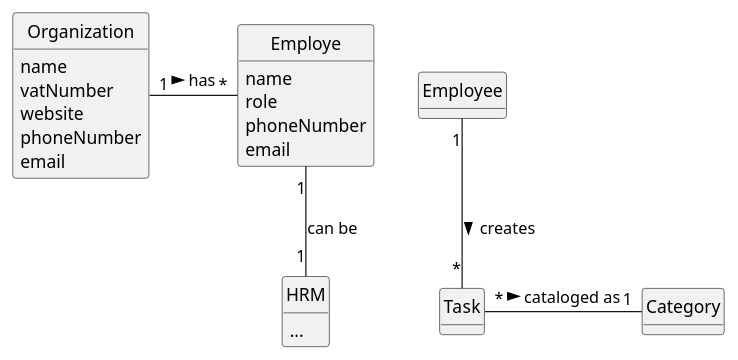
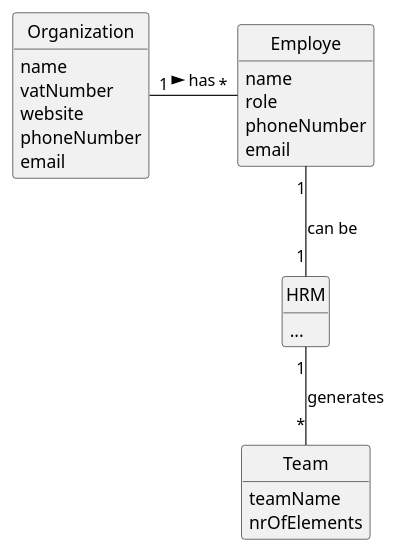
One commit to Departamento-de-Engenharia-Informatica/greenspace-management changed the diagram in docs/sprintA/us005/02.analysis/puml/us006-domain-model.puml. Above: the diagram before and after it, drawn with PlantUML. The commit also changed 1 other file, not shown here.

```diff
--- a/docs/sprintA/us005/02.analysis/puml/us006-domain-model.puml
+++ b/docs/sprintA/us005/02.analysis/puml/us006-domain-model.puml
@@ -1,44 +1,48 @@
 @startuml
 skinparam monochrome true
 skinparam packageStyle rectangle
 skinparam shadowing false
 
 'left to right direction
 
 skinparam classAttributeIconSize 0
 
 hide circle
 hide methods
 
 'title Domain Model
 
 'class Platform {
 '  -description
 '}
 
 class Organization {
       name
       vatNumber
       website
       phoneNumber
       email
 }
 
 
 class Employe {
     name
     role
     phoneNumber
     email
 }
 
 class HRM {
     ...
 }
 
+class Team {
+    teamName
+    nrOfElements
+}
+
 Organization "1" - "*" Employe : has >
 Employe "1" -- "1" HRM : can be
-Employee "1" -- "*" Task : creates >
-'Employee "0..1" -- "1" User: acts as >
-Task "*" - "1" Category: cataloged as >
+HRM "1" -- "*" Team : generates
+
 @enduml
```
